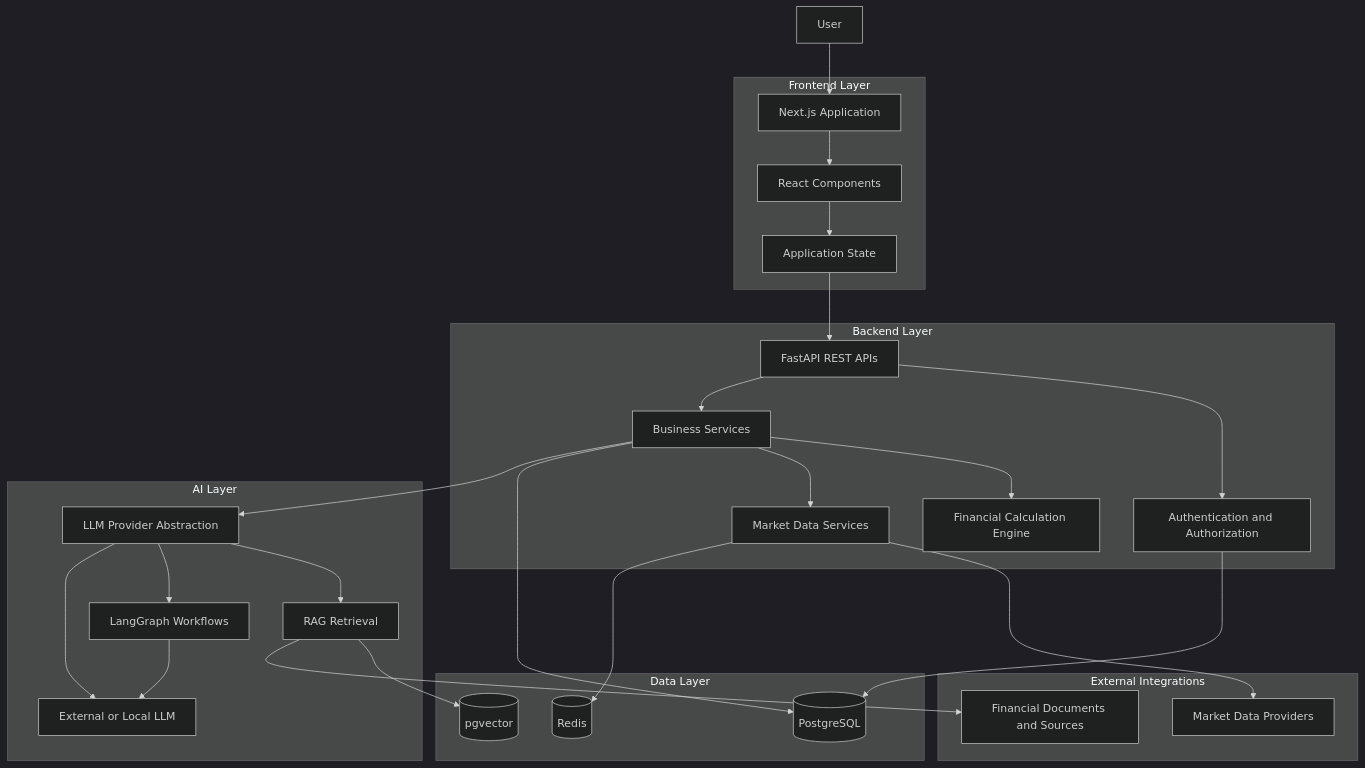
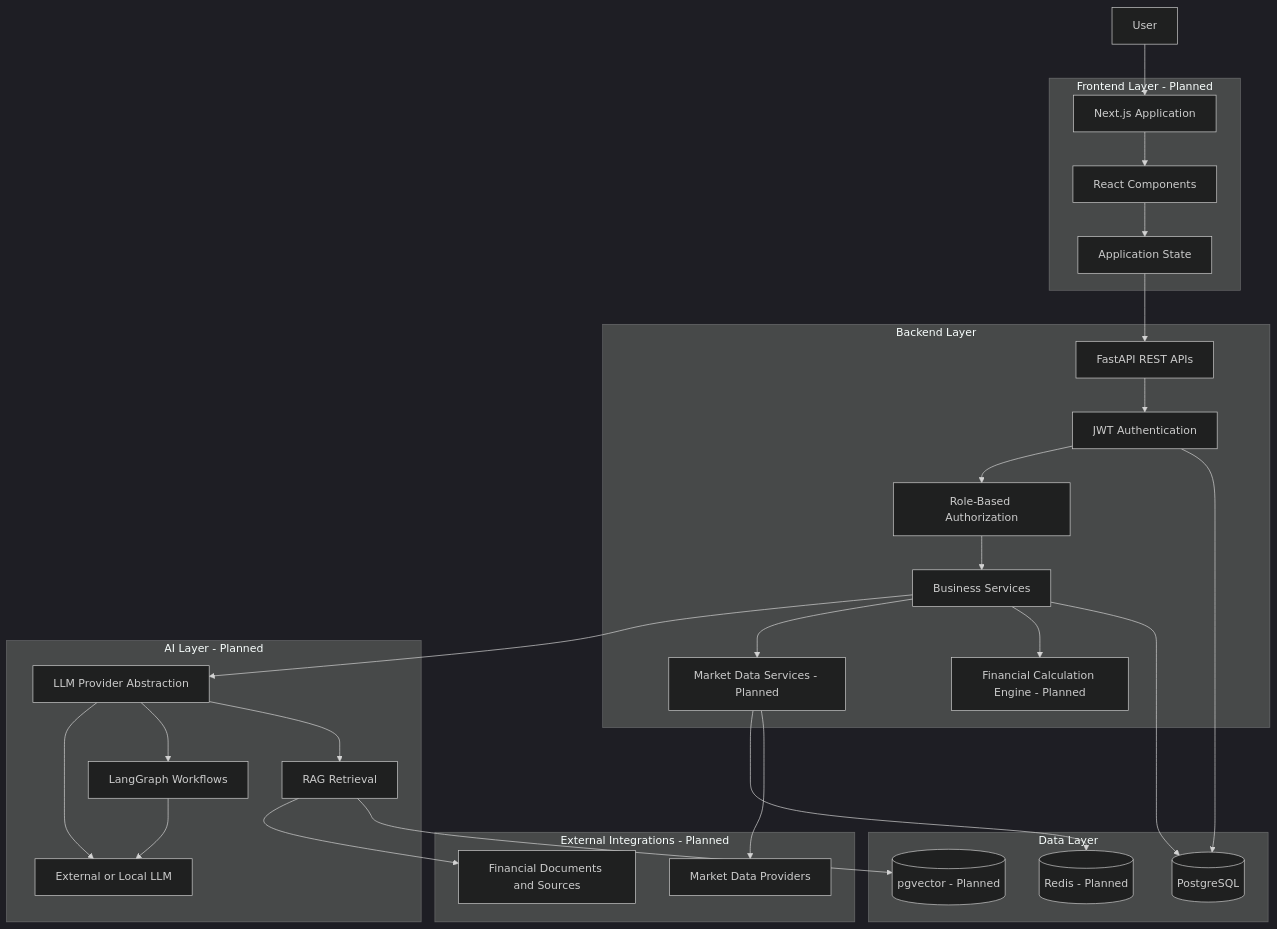
The first of 6 diagrams in docs/02-technical/SYSTEM_ARCHITECTURE.md (adiithya/investment-platform), drawn with Mermaid (dark theme) before and after one commit. The commit also changed other lines of this file and 7 other files, not shown here.

````diff
--- a/docs/02-technical/SYSTEM_ARCHITECTURE.md
+++ b/docs/02-technical/SYSTEM_ARCHITECTURE.md
@@ -25,59 +57,62 @@
 ```mermaid
 flowchart TB
     U[User]
 
-    subgraph FRONTEND[Frontend Layer]
+    subgraph FRONTEND[Frontend Layer - Planned]
         WEB[Next.js Application]
         UI[React Components]
         STATE[Application State]
     end
 
     subgraph BACKEND[Backend Layer]
         API[FastAPI REST APIs]
-        AUTH[Authentication and Authorization]
+        AUTH[JWT Authentication]
+        RBAC[Role-Based Authorization]
         SERVICE[Business Services]
-        FINANCE[Financial Calculation Engine]
-        MARKET[Market Data Services]
+        FINANCE[Financial Calculation Engine - Planned]
+        MARKET[Market Data Services - Planned]
     end
 
     subgraph DATA[Data Layer]
         DB[(PostgreSQL)]
-        CACHE[(Redis)]
-        VECTOR[(pgvector)]
+        CACHE[(Redis - Planned)]
+        VECTOR[(pgvector - Planned)]
     end
 
-    subgraph AI[AI Layer]
+    subgraph AI[AI Layer - Planned]
         ROUTER[LLM Provider Abstraction]
         RAG[RAG Retrieval]
         AGENT[LangGraph Workflows]
         LLM[External or Local LLM]
     end
 
-    subgraph EXTERNAL[External Integrations]
+    subgraph EXTERNAL[External Integrations - Planned]
         PROVIDER[Market Data Providers]
         DOCS[Financial Documents and Sources]
     end
 
     U --> WEB
     WEB --> UI
     UI --> STATE
     STATE --> API
 
     API --> AUTH
-    API --> SERVICE
+    AUTH --> DB
+    AUTH --> RBAC
+
+    RBAC --> SERVICE
+    SERVICE --> DB
     SERVICE --> FINANCE
     SERVICE --> MARKET
 
-    AUTH --> DB
-    SERVICE --> DB
     MARKET --> PROVIDER
     MARKET --> CACHE
 
     SERVICE --> ROUTER
     ROUTER --> RAG
     ROUTER --> AGENT
     RAG --> VECTOR
     RAG --> DOCS
     AGENT --> LLM
     ROUTER --> LLM
 ```
````
